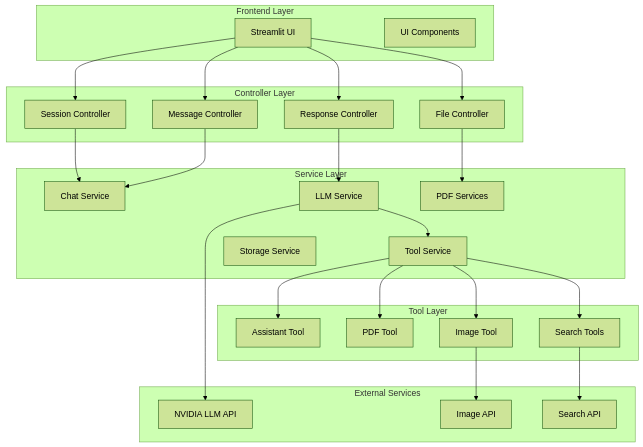
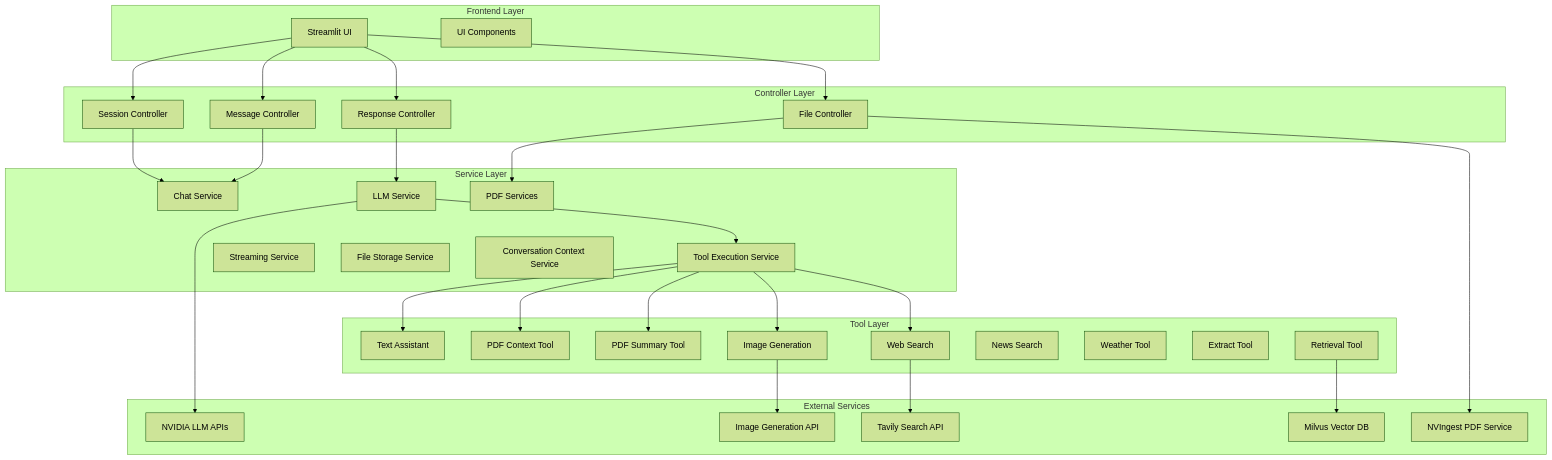
One commit to tuttlebr/brandon-bot changed the first of 3 diagrams in docker/app/docs/architecture/overview.md. Above: the diagram before and after it, drawn with Mermaid (forest theme). The commit also changed other lines of this file and 4 other files, not shown here.

````diff
--- a/docker/app/docs/architecture/overview.md
+++ b/docker/app/docs/architecture/overview.md
@@ -7,55 +7,67 @@
 ```mermaid
 graph TB
     subgraph "Frontend Layer"
         UI[Streamlit UI]
         Components[UI Components]
     end
 
     subgraph "Controller Layer"
         SC[Session Controller]
         MC[Message Controller]
         FC[File Controller]
         RC[Response Controller]
     end
 
     subgraph "Service Layer"
         CS[Chat Service]
         LS[LLM Service]
         PS[PDF Services]
-        TS[Tool Service]
-        SS[Storage Service]
+        TS[Tool Execution Service]
+        SS[Streaming Service]
+        FS[File Storage Service]
+        CCS[Conversation Context Service]
     end
 
     subgraph "Tool Layer"
-        AT[Assistant Tool]
-        PT[PDF Tool]
-        IT[Image Tool]
-        ST[Search Tools]
+        AT[Text Assistant]
+        PCT[PDF Context Tool]
+        PST[PDF Summary Tool]
+        IG[Image Generation]
+        WS[Web Search]
+        NS[News Search]
+        WT[Weather Tool]
+        ET[Extract Tool]
+        RT[Retrieval Tool]
     end
 
     subgraph "External Services"
-        NVIDIA[NVIDIA LLM API]
-        IMG[Image API]
-        SEARCH[Search API]
+        NVIDIA[NVIDIA LLM APIs]
+        IMG[Image Generation API]
+        TAVILY[Tavily Search API]
+        MILVUS[Milvus Vector DB]
+        NVINGEST[NVIngest PDF Service]
     end
 
     UI --> SC
     UI --> MC
     UI --> FC
     UI --> RC
 
     SC --> CS
     MC --> CS
     FC --> PS
     RC --> LS
 
     LS --> TS
     TS --> AT
-    TS --> PT
-    TS --> IT
-    TS --> ST
+    TS --> PCT
+    TS --> PST
+    TS --> IG
+    TS --> WS
 
     LS --> NVIDIA
-    IT --> IMG
-    ST --> SEARCH
+    IG --> IMG
+    WS --> TAVILY
+    RT --> MILVUS
+    FC --> NVINGEST
 ```
````
